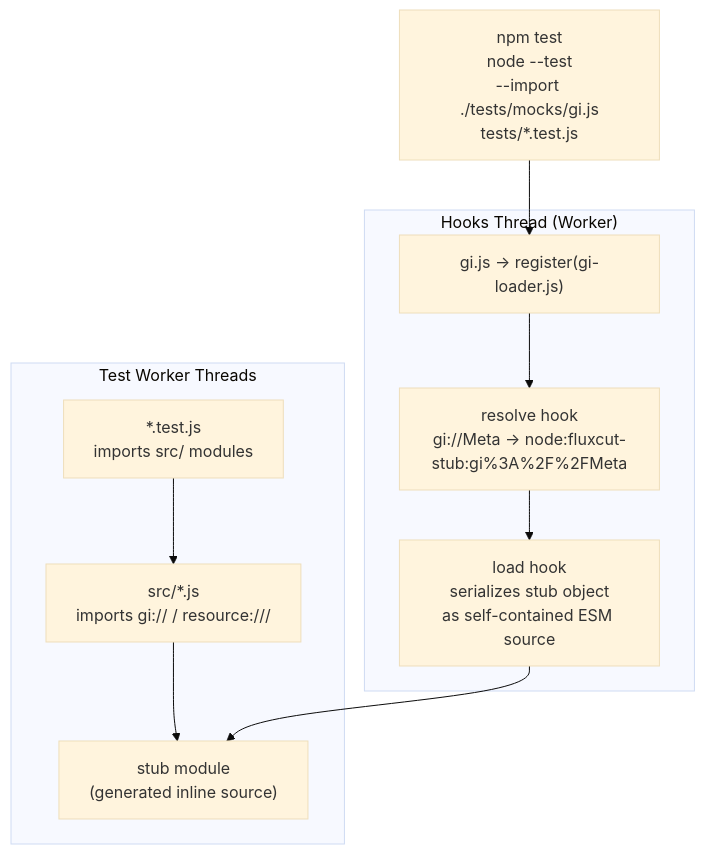
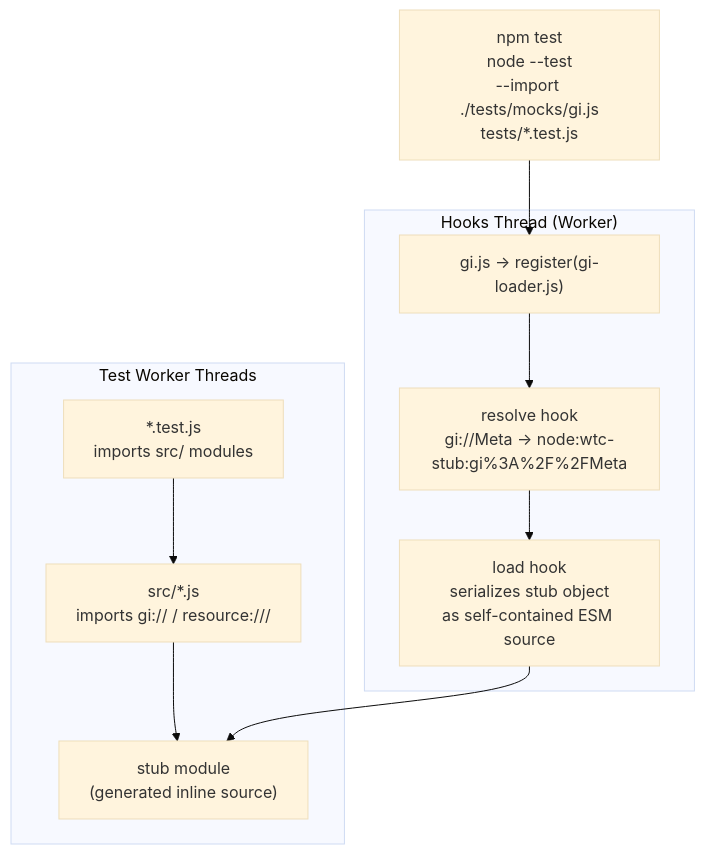
One commit to IvoBrandao/fluxcut changed diagram 15 of 15 in docs/docs.md. Above: the diagram before and after it, drawn with Mermaid (base theme). The commit also changed other lines of this file and 47 other files, not shown here.

````diff
--- a/docs/docs.md
+++ b/docs/docs.md
@@ -686,22 +686,22 @@
 ```mermaid
 flowchart TD
     CMD["npm test\nnode --test\n--import ./tests/mocks/gi.js\ntests/*.test.js"] --> REG
 
     subgraph "Hooks Thread (Worker)"
         REG["gi.js → register(gi-loader.js)"]
-        RESOLVE["resolve hook\ngi://Meta → node:fluxcut-stub:gi%3A%2F%2FMeta"]
+        RESOLVE["resolve hook\ngi://Meta → node:wtc-stub:gi%3A%2F%2FMeta"]
         LOAD["load hook\nserializes stub object\nas self-contained ESM source"]
     end
 
     subgraph "Test Worker Threads"
         TEST["*.test.js\nimports src/ modules"]
         SRC["src/*.js\nimports gi:// / resource:///"]
         STUB["stub module\n(generated inline source)"]
     end
 
     REG --> RESOLVE
     RESOLVE --> LOAD
     TEST --> SRC
     SRC --> STUB
     LOAD --> STUB
 ```
````
